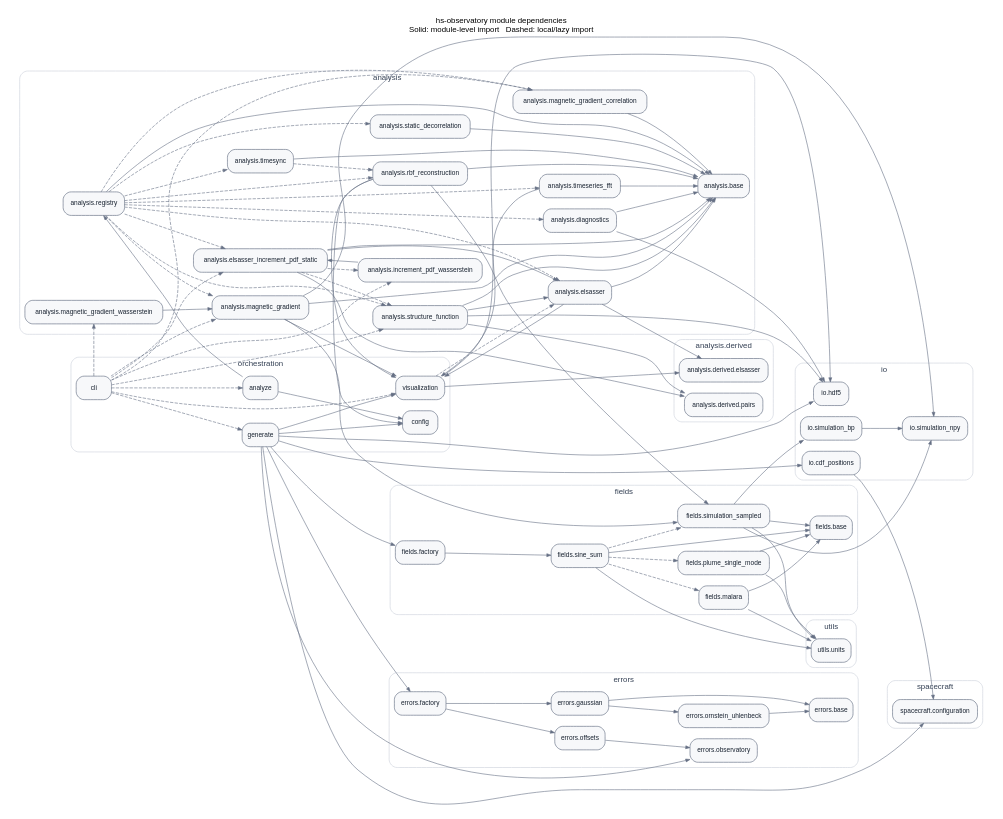
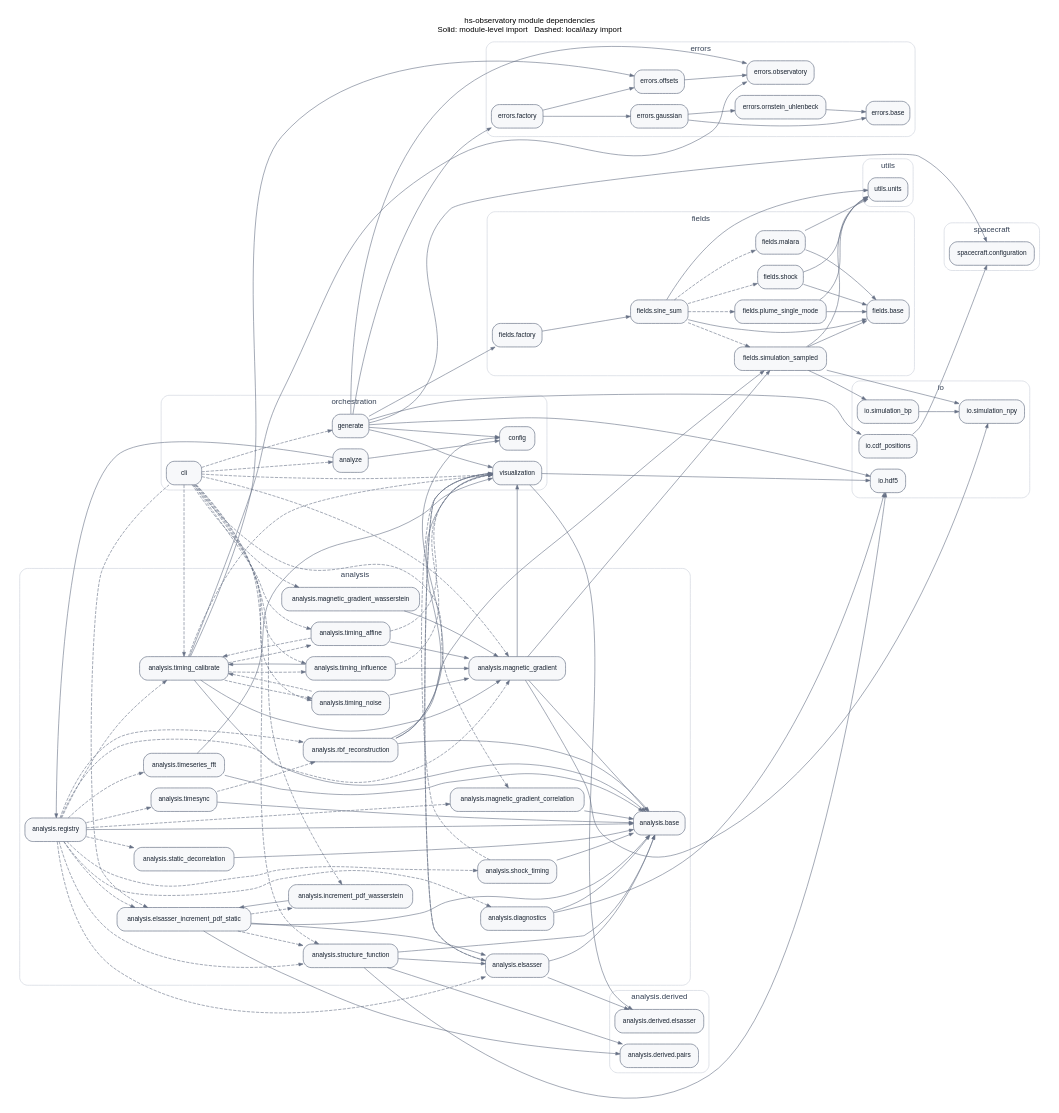
One commit to kgklein/hs-observatory changed the diagram in docs/architecture/module-dependencies.dot. Above: the diagram before and after it, drawn with Graphviz. The commit also changed 56 other files, not shown here.

```diff
--- a/docs/architecture/module-dependencies.dot
+++ b/docs/architecture/module-dependencies.dot
@@ -28,10 +28,15 @@
     "hs_observatory.analysis.magnetic_gradient_wasserstein" [label="analysis.magnetic_gradient_wasserstein"];
     "hs_observatory.analysis.rbf_reconstruction" [label="analysis.rbf_reconstruction"];
     "hs_observatory.analysis.registry" [label="analysis.registry"];
+    "hs_observatory.analysis.shock_timing" [label="analysis.shock_timing"];
     "hs_observatory.analysis.static_decorrelation" [label="analysis.static_decorrelation"];
     "hs_observatory.analysis.structure_function" [label="analysis.structure_function"];
     "hs_observatory.analysis.timeseries_fft" [label="analysis.timeseries_fft"];
     "hs_observatory.analysis.timesync" [label="analysis.timesync"];
+    "hs_observatory.analysis.timing_affine" [label="analysis.timing_affine"];
+    "hs_observatory.analysis.timing_calibrate" [label="analysis.timing_calibrate"];
+    "hs_observatory.analysis.timing_influence" [label="analysis.timing_influence"];
+    "hs_observatory.analysis.timing_noise" [label="analysis.timing_noise"];
   }
   subgraph cluster_2 {
     label="analysis.derived";
@@ -46,6 +51,7 @@
     "hs_observatory.fields.factory" [label="fields.factory"];
     "hs_observatory.fields.malara" [label="fields.malara"];
     "hs_observatory.fields.plume_single_mode" [label="fields.plume_single_mode"];
+    "hs_observatory.fields.shock" [label="fields.shock"];
     "hs_observatory.fields.simulation_sampled" [label="fields.simulation_sampled"];
     "hs_observatory.fields.sine_sum" [label="fields.sine_sum"];
   }
@@ -105,10 +111,14 @@
   "hs_observatory.analysis.registry" -> "hs_observatory.analysis.magnetic_gradient" [style=dashed];
   "hs_observatory.analysis.registry" -> "hs_observatory.analysis.magnetic_gradient_correlation" [style=dashed];
   "hs_observatory.analysis.registry" -> "hs_observatory.analysis.rbf_reconstruction" [style=dashed];
+  "hs_observatory.analysis.registry" -> "hs_observatory.analysis.shock_timing" [style=dashed];
   "hs_observatory.analysis.registry" -> "hs_observatory.analysis.static_decorrelation" [style=dashed];
   "hs_observatory.analysis.registry" -> "hs_observatory.analysis.structure_function" [style=dashed];
   "hs_observatory.analysis.registry" -> "hs_observatory.analysis.timeseries_fft" [style=dashed];
   "hs_observatory.analysis.registry" -> "hs_observatory.analysis.timesync" [style=dashed];
+  "hs_observatory.analysis.registry" -> "hs_observatory.analysis.timing_calibrate" [style=dashed];
+  "hs_observatory.analysis.shock_timing" -> "hs_observatory.analysis.base" [style=solid];
+  "hs_observatory.analysis.shock_timing" -> "hs_observatory.visualization" [style=dashed];
   "hs_observatory.analysis.static_decorrelation" -> "hs_observatory.analysis.base" [style=solid];
   "hs_observatory.analysis.structure_function" -> "hs_observatory.analysis.base" [style=solid];
   "hs_observatory.analysis.structure_function" -> "hs_observatory.analysis.derived.pairs" [style=solid];
@@ -118,6 +128,22 @@
   "hs_observatory.analysis.timeseries_fft" -> "hs_observatory.visualization" [style=solid];
   "hs_observatory.analysis.timesync" -> "hs_observatory.analysis.base" [style=solid];
   "hs_observatory.analysis.timesync" -> "hs_observatory.analysis.rbf_reconstruction" [style=dashed];
+  "hs_observatory.analysis.timing_affine" -> "hs_observatory.analysis.magnetic_gradient" [style=solid];
+  "hs_observatory.analysis.timing_affine" -> "hs_observatory.analysis.timing_calibrate" [style=dashed];
+  "hs_observatory.analysis.timing_affine" -> "hs_observatory.visualization" [style=dashed];
+  "hs_observatory.analysis.timing_calibrate" -> "hs_observatory.analysis.base" [style=solid];
+  "hs_observatory.analysis.timing_calibrate" -> "hs_observatory.analysis.magnetic_gradient" [style=solid];
+  "hs_observatory.analysis.timing_calibrate" -> "hs_observatory.analysis.timing_affine" [style=dashed];
+  "hs_observatory.analysis.timing_calibrate" -> "hs_observatory.analysis.timing_influence" [style=dashed];
+  "hs_observatory.analysis.timing_calibrate" -> "hs_observatory.analysis.timing_noise" [style=dashed];
+  "hs_observatory.analysis.timing_calibrate" -> "hs_observatory.errors.observatory" [style=solid];
+  "hs_observatory.analysis.timing_calibrate" -> "hs_observatory.errors.offsets" [style=solid];
+  "hs_observatory.analysis.timing_calibrate" -> "hs_observatory.visualization" [style=dashed];
+  "hs_observatory.analysis.timing_influence" -> "hs_observatory.analysis.magnetic_gradient" [style=solid];
+  "hs_observatory.analysis.timing_influence" -> "hs_observatory.analysis.timing_calibrate" [style=solid];
+  "hs_observatory.analysis.timing_influence" -> "hs_observatory.visualization" [style=dashed];
+  "hs_observatory.analysis.timing_noise" -> "hs_observatory.analysis.magnetic_gradient" [style=solid];
+  "hs_observatory.analysis.timing_noise" -> "hs_observatory.analysis.timing_calibrate" [style=dashed];
   "hs_observatory.analyze" -> "hs_observatory.analysis.registry" [style=solid];
   "hs_observatory.analyze" -> "hs_observatory.config" [style=solid];
   "hs_observatory.cli" -> "hs_observatory.analysis.elsasser_increment_pdf_static" [style=dashed];
@@ -126,6 +152,10 @@
   "hs_observatory.cli" -> "hs_observatory.analysis.magnetic_gradient_correlation" [style=dashed];
   "hs_observatory.cli" -> "hs_observatory.analysis.magnetic_gradient_wasserstein" [style=dashed];
   "hs_observatory.cli" -> "hs_observatory.analysis.structure_function" [style=dashed];
+  "hs_observatory.cli" -> "hs_observatory.analysis.timing_affine" [style=dashed];
+  "hs_observatory.cli" -> "hs_observatory.analysis.timing_calibrate" [style=dashed];
+  "hs_observatory.cli" -> "hs_observatory.analysis.timing_influence" [style=dashed];
+  "hs_observatory.cli" -> "hs_observatory.analysis.timing_noise" [style=dashed];
   "hs_observatory.cli" -> "hs_observatory.analyze" [style=dashed];
   "hs_observatory.cli" -> "hs_observatory.generate" [style=dashed];
   "hs_observatory.cli" -> "hs_observatory.visualization" [style=dashed];
@@ -140,6 +170,8 @@
   "hs_observatory.fields.malara" -> "hs_observatory.utils.units" [style=solid];
   "hs_observatory.fields.plume_single_mode" -> "hs_observatory.fields.base" [style=solid];
   "hs_observatory.fields.plume_single_mode" -> "hs_observatory.utils.units" [style=solid];
+  "hs_observatory.fields.shock" -> "hs_observatory.fields.base" [style=solid];
+  "hs_observatory.fields.shock" -> "hs_observatory.utils.units" [style=solid];
   "hs_observatory.fields.simulation_sampled" -> "hs_observatory.fields.base" [style=solid];
   "hs_observatory.fields.simulation_sampled" -> "hs_observatory.io.simulation_bp" [style=solid];
   "hs_observatory.fields.simulation_sampled" -> "hs_observatory.io.simulation_npy" [style=solid];
@@ -147,6 +179,7 @@
   "hs_observatory.fields.sine_sum" -> "hs_observatory.fields.base" [style=solid];
   "hs_observatory.fields.sine_sum" -> "hs_observatory.fields.malara" [style=dashed];
   "hs_observatory.fields.sine_sum" -> "hs_observatory.fields.plume_single_mode" [style=dashed];
+  "hs_observatory.fields.sine_sum" -> "hs_observatory.fields.shock" [style=dashed];
   "hs_observatory.fields.sine_sum" -> "hs_observatory.fields.simulation_sampled" [style=dashed];
   "hs_observatory.fields.sine_sum" -> "hs_observatory.utils.units" [style=solid];
   "hs_observatory.generate" -> "hs_observatory.config" [style=solid];
```
